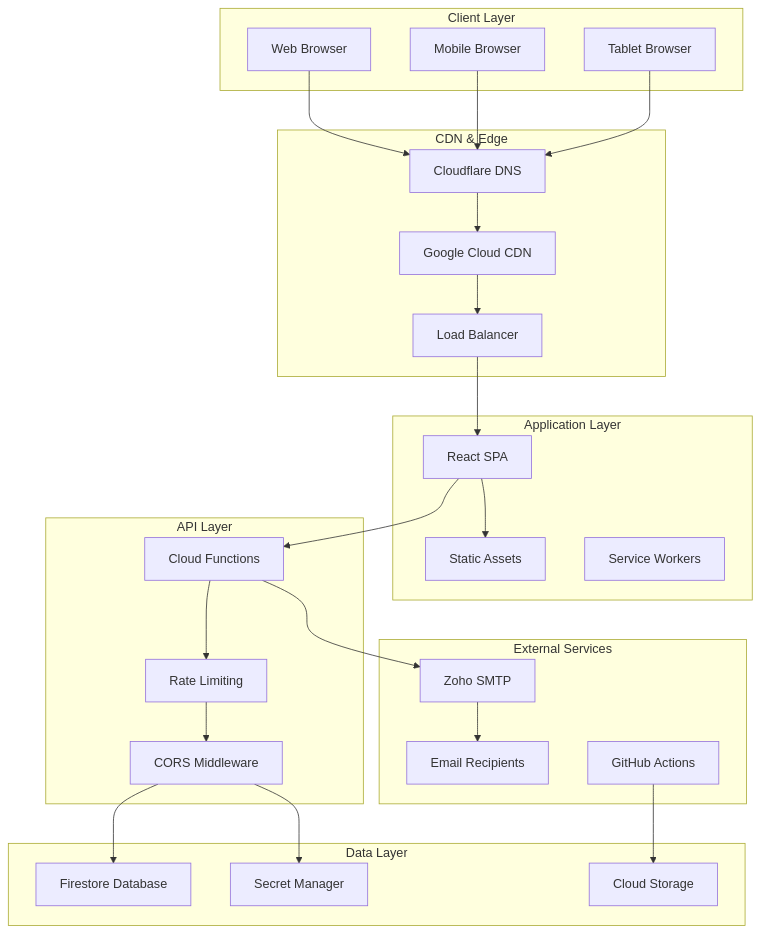
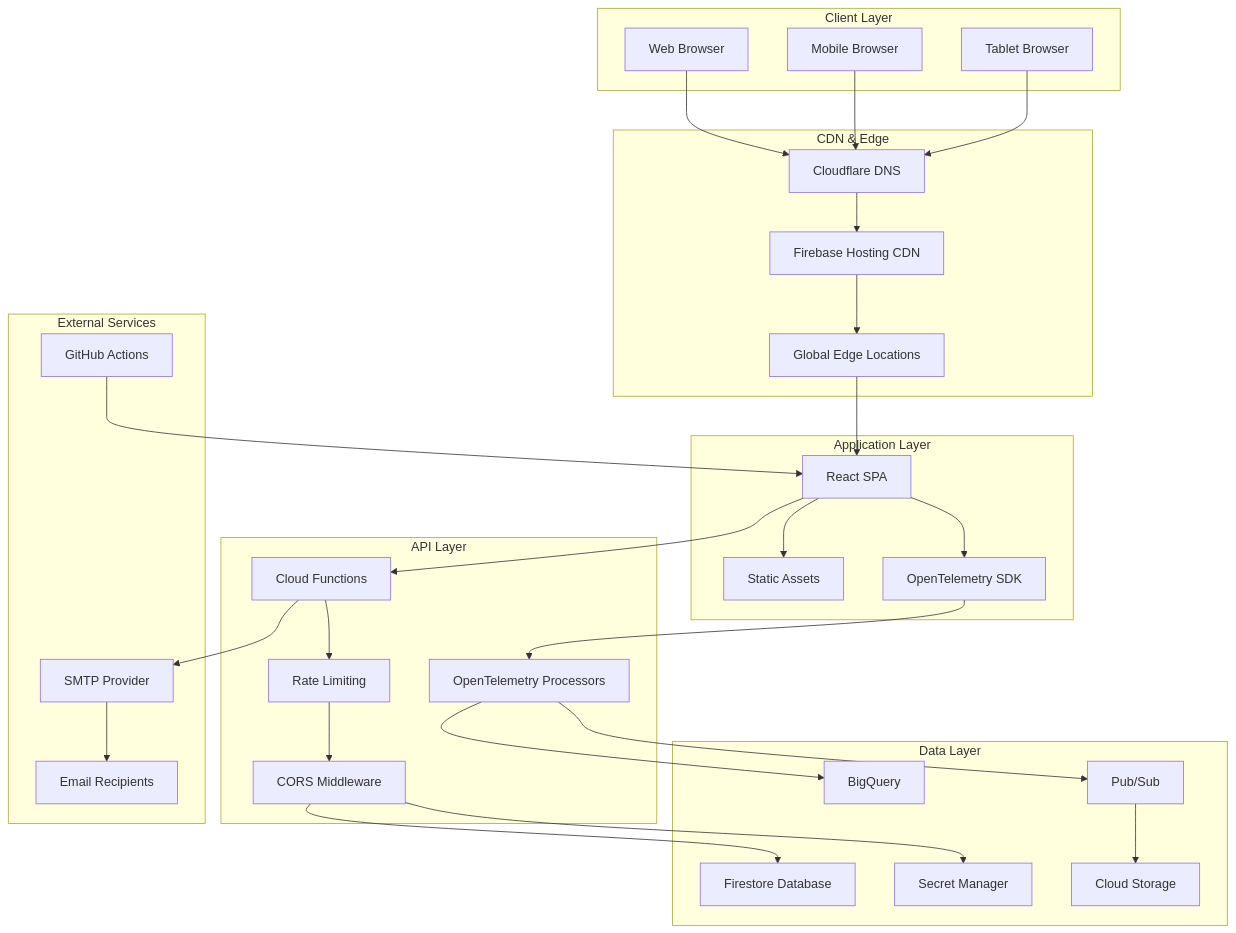
One commit to Sudhan30/my-portfolio-website changed the first of 7 diagrams in ARCHITECTURE.md. Above: the diagram before and after it, drawn with Mermaid. The commit also changed other lines of this file, not shown here.

First line of the commit message:
Update ARCHITECTURE.md with Firebase Hosting and comprehensive OpenTelemetry documentation

````diff
--- a/ARCHITECTURE.md
+++ b/ARCHITECTURE.md
@@ -19,54 +19,62 @@
 ```mermaid
 graph TB
     subgraph "Client Layer"
         A[Web Browser]
         B[Mobile Browser]
         C[Tablet Browser]
     end
 
     subgraph "CDN & Edge"
         D[Cloudflare DNS]
-        E[Google Cloud CDN]
-        F[Load Balancer]
+        E[Firebase Hosting CDN]
+        F[Global Edge Locations]
     end
 
     subgraph "Application Layer"
         G[React SPA]
         H[Static Assets]
-        I[Service Workers]
+        I[OpenTelemetry SDK]
     end
 
     subgraph "API Layer"
         J[Cloud Functions]
         K[Rate Limiting]
         L[CORS Middleware]
+        M[OpenTelemetry Processors]
     end
 
     subgraph "Data Layer"
-        M[Firestore Database]
-        N[Secret Manager]
-        O[Cloud Storage]
+        N[Firestore Database]
+        O[Secret Manager]
+        P[BigQuery]
+        Q[Cloud Storage]
+        R[Pub/Sub]
     end
 
     subgraph "External Services"
-        P[Zoho SMTP]
-        Q[Email Recipients]
-        R[GitHub Actions]
+        S[SMTP Provider]
+        T[Email Recipients]
+        U[GitHub Actions]
     end
 
     A --> D
     B --> D
     C --> D
     D --> E
     E --> F
     F --> G
     G --> H
+    G --> I
     G --> J
+    I --> M
     J --> K
     K --> L
-    L --> M
     L --> N
-    J --> P
-    P --> Q
-    R --> O
+    L --> O
+    M --> P
+    M --> R
+    R --> Q
+    J --> S
+    S --> T
+    U --> G
 ```
````
